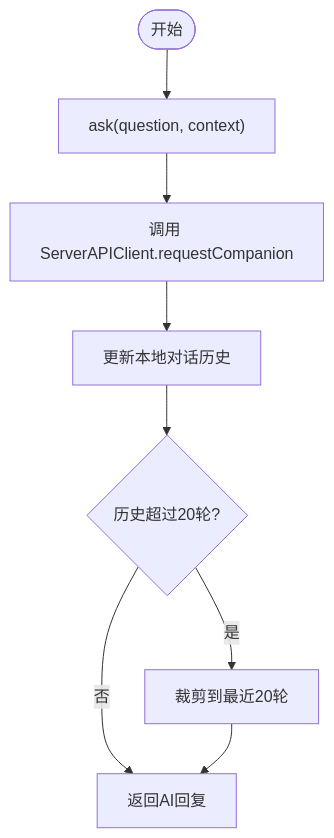
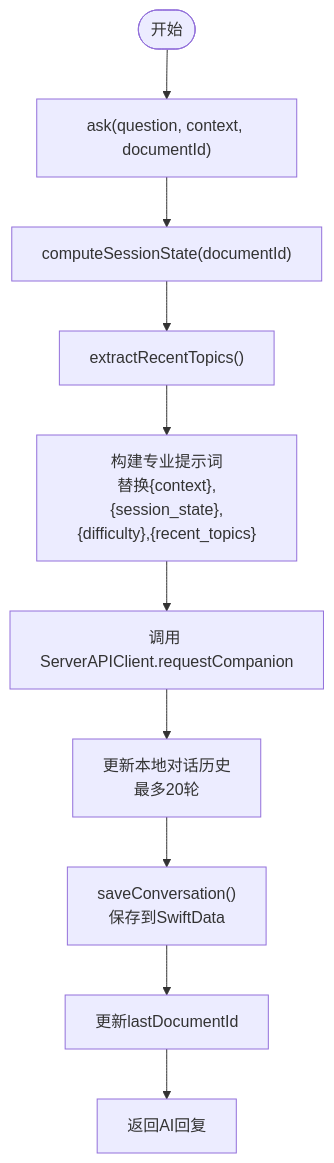
Before and after one commit to Primoguo/VoiceReader: the third of 12 diagrams in .qoder/repowiki/zh/content/核心功能模块/AI 伴读对话功能.md, drawn with Mermaid. The commit also changed other lines of this file and 92 other files, not shown here.

````diff
--- a/.qoder/repowiki/zh/content/核心功能模块/AI 伴读对话功能.md
+++ b/.qoder/repowiki/zh/content/核心功能模块/AI 伴读对话功能.md
@@ -178,10 +220,12 @@
 ```mermaid
 flowchart TD
-Start(["开始"]) --> Ask["ask(question, context)"]
-Ask --> CallAPI["调用 ServerAPIClient.requestCompanion"]
-CallAPI --> UpdateHistory["更新本地对话历史"]
-UpdateHistory --> CheckLimit{"历史超过20轮?"}
-CheckLimit --> |是| TrimHistory["裁剪到最近20轮"]
-CheckLimit --> |否| Return["返回AI回复"]
-TrimHistory --> Return
+Start(["开始"]) --> Ask["ask(question, context, documentId)"]
+Ask --> ComputeState["computeSessionState(documentId)"]
+ComputeState --> ExtractTopics["extractRecentTopics()"]
+ExtractTopics --> BuildPrompt["构建专业提示词<br/>替换{context},{session_state},<br/>{difficulty},{recent_topics}"]
+BuildPrompt --> CallAPI["调用 ServerAPIClient.requestCompanion"]
+CallAPI --> UpdateHistory["更新本地对话历史<br/>最多20轮"]
+UpdateHistory --> Persist["saveConversation()<br/>保存到SwiftData"]
+Persist --> UpdateDocId["更新lastDocumentId"]
+UpdateDocId --> Return["返回AI回复"]
 ```
````
